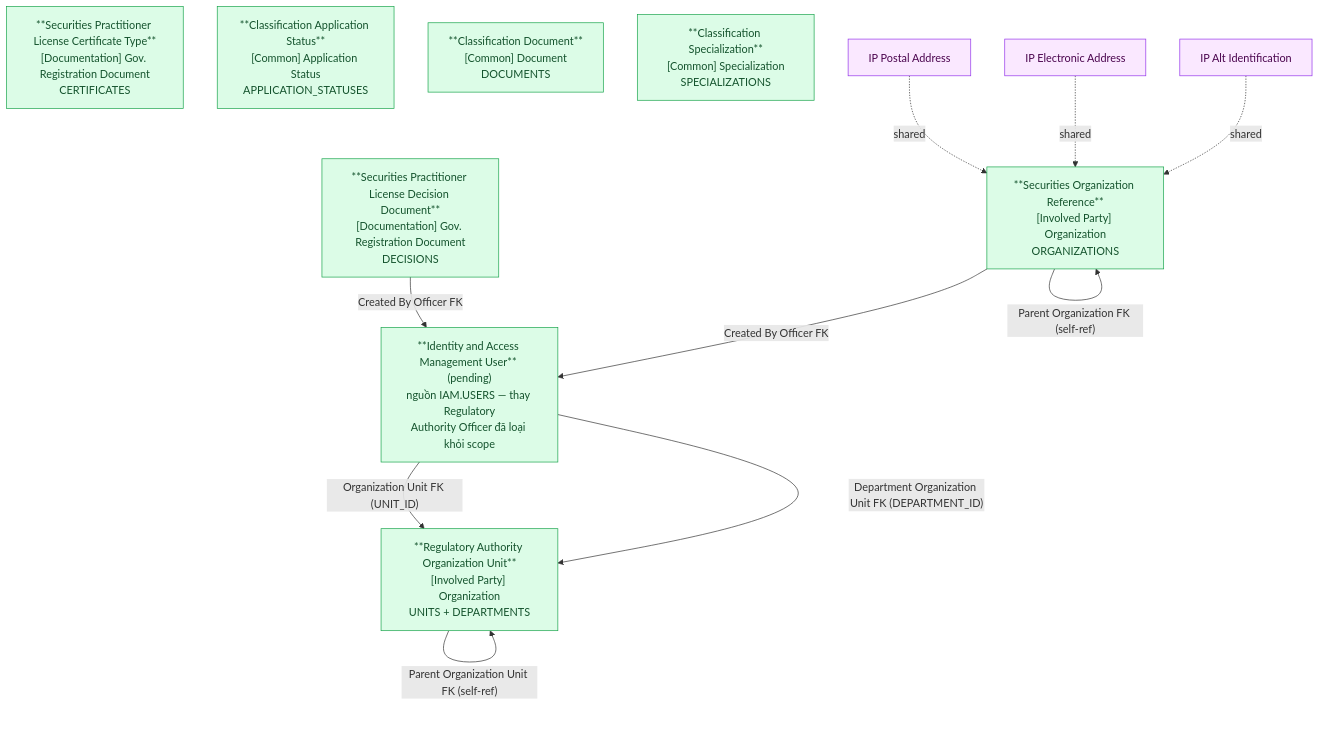
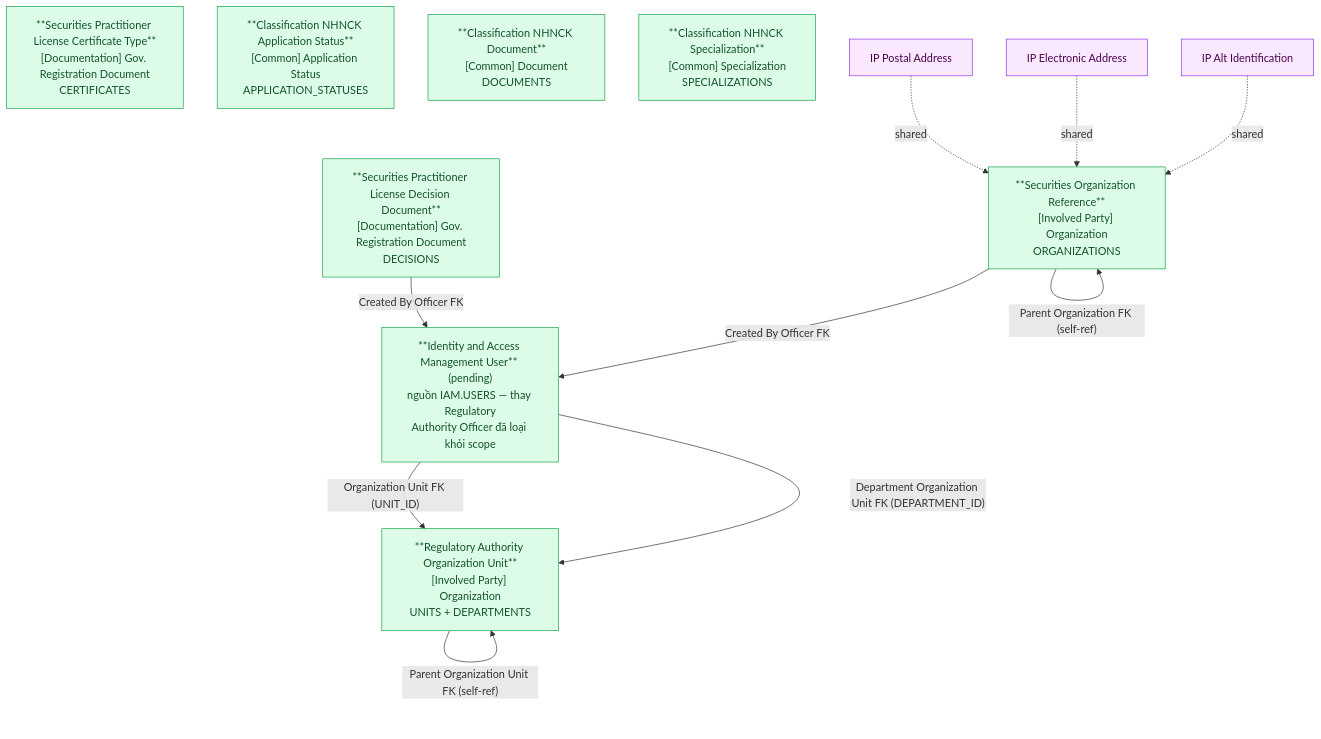
One commit to linhlvit/ubck_atomic_design changed the second of 2 diagrams in DataModel/working/Atomic/hld/NHNCK_HLD_Tier1.md. Above: the diagram before and after it, drawn with Mermaid. The commit also changed other lines of this file and 101 other files, not shown here.

````diff
--- a/DataModel/working/Atomic/hld/NHNCK_HLD_Tier1.md
+++ b/DataModel/working/Atomic/hld/NHNCK_HLD_Tier1.md
@@ -57,27 +57,27 @@
 ```mermaid
 graph TD
     classDef atomic fill:#dcfce7,stroke:#16a34a,color:#14532d
     classDef shared fill:#fae8ff,stroke:#9333ea,color:#4a044e
 
     ORGUNIT["**Regulatory Authority Organization Unit**\n[Involved Party] Organization\nUNITS + DEPARTMENTS"]:::atomic
     SECORG["**Securities Organization Reference**\n[Involved Party] Organization\nORGANIZATIONS"]:::atomic
     DECISION["**Securities Practitioner License Decision Document**\n[Documentation] Gov. Registration Document\nDECISIONS"]:::atomic
     OFFICER["**Identity and Access Management User** (pending)\nnguồn IAM.USERS — thay Regulatory\nAuthority Officer đã loại khỏi scope"]:::atomic
     CERTTYPE["**Securities Practitioner License Certificate Type**\n[Documentation] Gov. Registration Document\nCERTIFICATES"]:::atomic
-    APPSTATUS["**Classification Application Status**\n[Common] Application Status\nAPPLICATION_STATUSES"]:::atomic
-    CLSDOC["**Classification Document**\n[Common] Document\nDOCUMENTS"]:::atomic
-    CLSSPEC["**Classification Specialization**\n[Common] Specialization\nSPECIALIZATIONS"]:::atomic
+    APPSTATUS["**Classification NHNCK Application Status**\n[Common] Application Status\nAPPLICATION_STATUSES"]:::atomic
+    CLSDOC["**Classification NHNCK Document**\n[Common] Document\nDOCUMENTS"]:::atomic
+    CLSSPEC["**Classification NHNCK Specialization**\n[Common] Specialization\nSPECIALIZATIONS"]:::atomic
     ADDR["IP Postal Address"]:::shared
     EADDR["IP Electronic Address"]:::shared
     ALTID["IP Alt Identification"]:::shared
 
     ORGUNIT -->|"Parent Organization Unit FK (self-ref)"| ORGUNIT
     OFFICER -->|"Organization Unit FK (UNIT_ID)"| ORGUNIT
     OFFICER -->|"Department Organization Unit FK (DEPARTMENT_ID)"| ORGUNIT
     DECISION -->|"Created By Officer FK"| OFFICER
     SECORG -->|"Created By Officer FK"| OFFICER
     SECORG -->|"Parent Organization FK (self-ref)"| SECORG
     ADDR -.->|"shared"| SECORG
     EADDR -.->|"shared"| SECORG
     ALTID -.->|"shared"| SECORG
 ```
````
